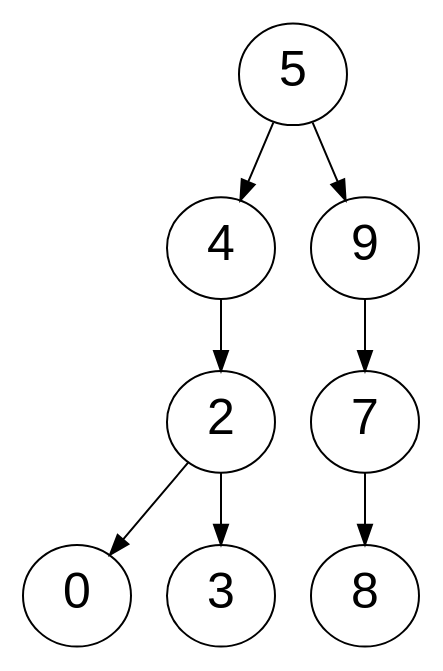
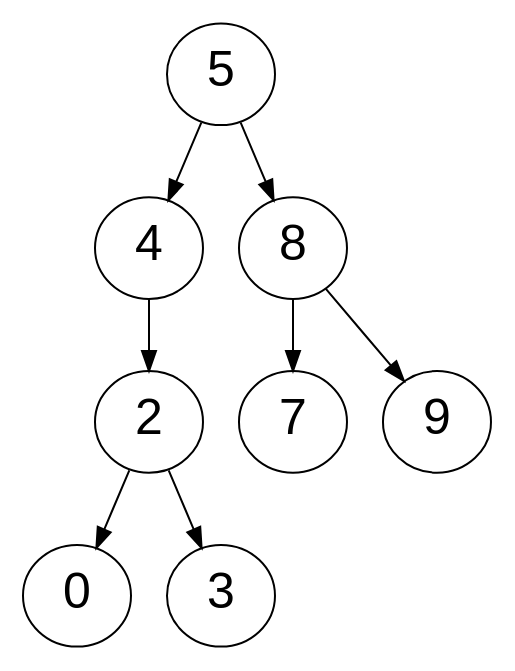
The diagram in doc/scala.io/2025/dots/flajolet-8-02345789.dot (jimka2001/scala-rte), drawn with Graphviz before and after one commit. The commit also changed 7 other files, not shown here.

```diff
--- a/doc/scala.io/2025/dots/flajolet-8-02345789.dot
+++ b/doc/scala.io/2025/dots/flajolet-8-02345789.dot
@@ -1,23 +1,23 @@
 digraph G {
   fontname=courier;
   rankdir=TB; graph[labeljust=l,nojustify=true]
   node [fontname=Arial, fontsize=25];
   edge [fontsize=20];
-N0 [label="0"]
+
 N2 [label="2"]
-N3 [label="3"]
 N4 [label="4"]
 N5 [label="5"]
+N7 [label="8"]
+N8 [label="7"]
+N9 [label="9"]
+N0 [label="0"]
+N3 [label="3"]
+N5 -> N7
+N7 -> N8
+N7 -> N9
 
-N7 [label="7"]
-N8 [label="8"]
-N9 [label="9"]
-N7 -> N8
-N9 -> N7
-N5 -> N9
-N2 -> N3
-N2 -> N0
 N4 -> N2
 N5 -> N4
-
+N2 -> N0
+N2 -> N3
 }
```
